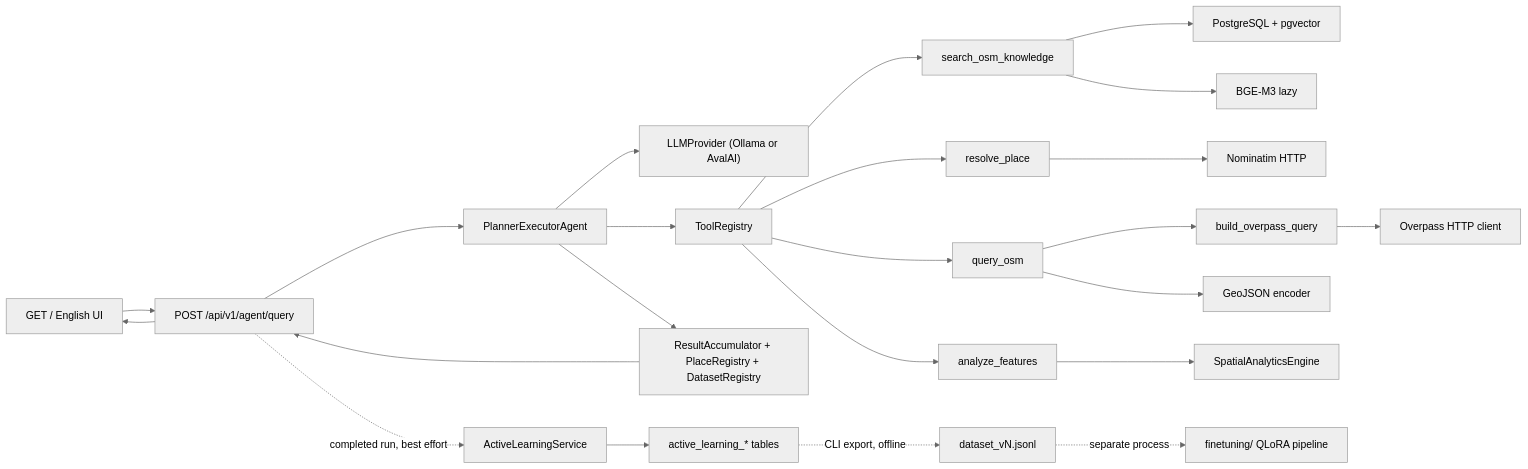
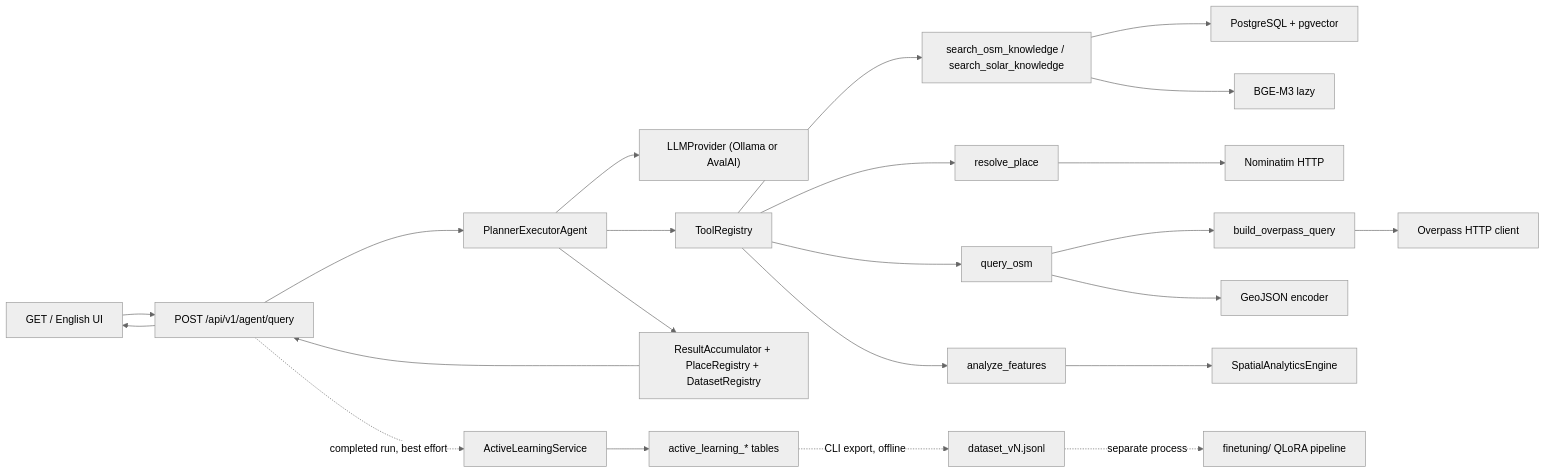
One commit to AriadneThreadLab/AriadneThread changed the diagram in docs/architecture.md. Above: the diagram before and after it, drawn with Mermaid (neutral theme). The commit also changed other lines of this file and 93 other files, not shown here.

````diff
--- a/docs/architecture.md
+++ b/docs/architecture.md
@@ -12,26 +12,26 @@
 ```mermaid
 flowchart LR
   UI["GET / English UI"] --> API["POST /api/v1/agent/query"]
   API --> Agent["PlannerExecutorAgent"]
   Agent --> LLM["LLMProvider (Ollama or AvalAI)"]
   Agent --> Reg["ToolRegistry"]
-  Reg --> RAG["search_osm_knowledge"]
+  Reg --> RAG["search_osm_knowledge / search_solar_knowledge"]
   Reg --> RP["resolve_place"]
   Reg --> OSM["query_osm"]
   Reg --> AN["analyze_features"]
   RAG --> PG["PostgreSQL + pgvector"]
   RAG --> BGE["BGE-M3 lazy"]
   RP --> NOM["Nominatim HTTP"]
   OSM --> Builder["build_overpass_query"]
   Builder --> OP["Overpass HTTP client"]
   OSM --> GJ["GeoJSON encoder"]
   AN --> Engine["SpatialAnalyticsEngine"]
   Agent --> Acc["ResultAccumulator + PlaceRegistry + DatasetRegistry"]
   Acc --> API
 
   API --> UI
   API -.->|"completed run, best effort"| AL["ActiveLearningService"]
   AL --> ALDB["active_learning_* tables"]
   ALDB -.->|"CLI export, offline"| DS["dataset_vN.jsonl"]
   DS -.->|"separate process"| FT["finetuning/ QLoRA pipeline"]
 ```
````
